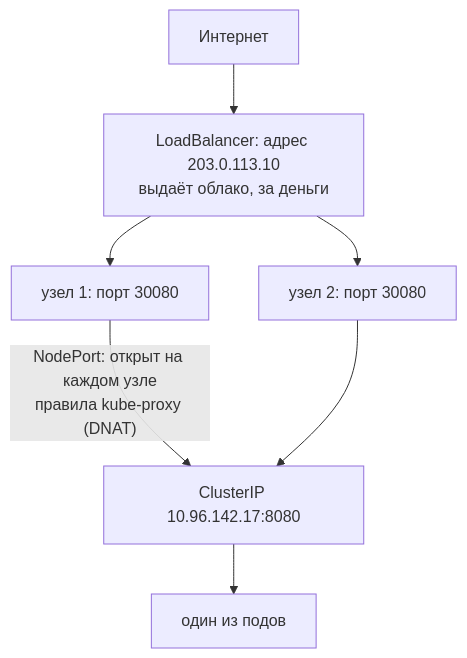
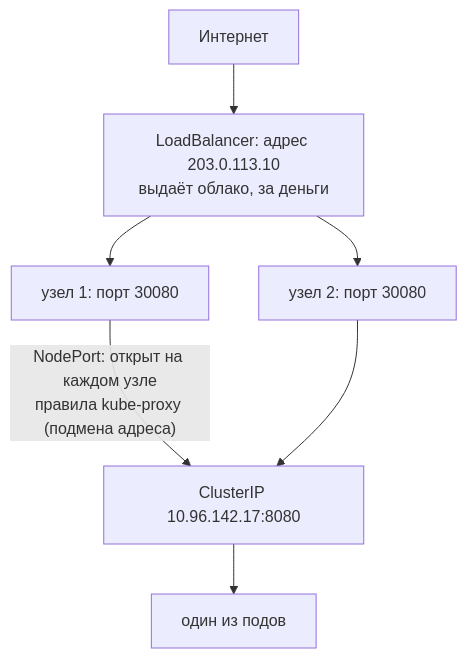
The fourth of 5 diagrams in devops/05-kubernetes/03-services-dns.md (distinguished-sre/learning), drawn with Mermaid before and after one commit. The commit also changed other lines of this file and 462 other files, not shown here.

````diff
--- a/devops/05-kubernetes/03-services-dns.md
+++ b/devops/05-kubernetes/03-services-dns.md
@@ -302,9 +280,9 @@
 ```mermaid
 flowchart TD
     I["Интернет"] --> LB["LoadBalancer: адрес 203.0.113.10<br>выдаёт облако, за деньги"]
     LB --> N1["узел 1: порт 30080"]
     LB --> N2["узел 2: порт 30080"]
-    N1 -->|"NodePort: открыт на каждом узле<br>правила kube-proxy (DNAT)"| CIP["ClusterIP 10.96.142.17:8080"]
+    N1 -->|"NodePort: открыт на каждом узле<br>правила kube-proxy (подмена адреса)"| CIP["ClusterIP 10.96.142.17:8080"]
     N2 --> CIP
     CIP --> POD["один из подов"]
 ```
````
